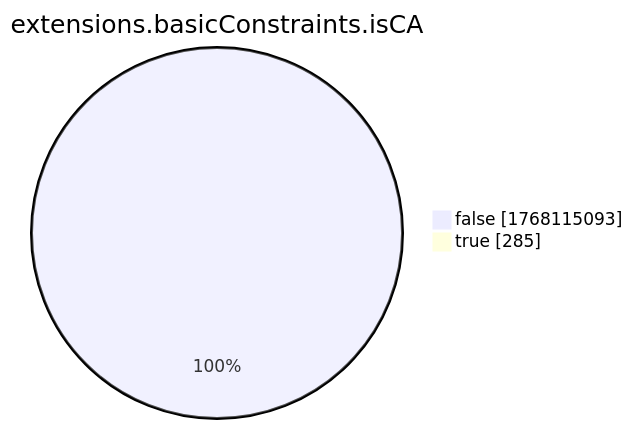
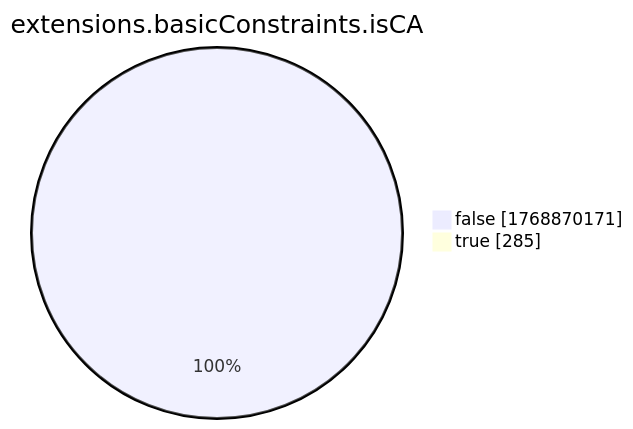
The eighth of 15 diagrams in xenon2022/README.md (christiankrug/ctmonitor_visualization), drawn with Mermaid before and after one commit. The commit also changed other lines of this file, not shown here.

````diff
--- a/xenon2022/README.md
+++ b/xenon2022/README.md
@@ -2868,6 +2868,6 @@
 ```mermaid
 pie showData
 title extensions.basicConstraints.isCA
-"false" :1768115093
+"false" :1768870171
 "true" :285
 ```
````
